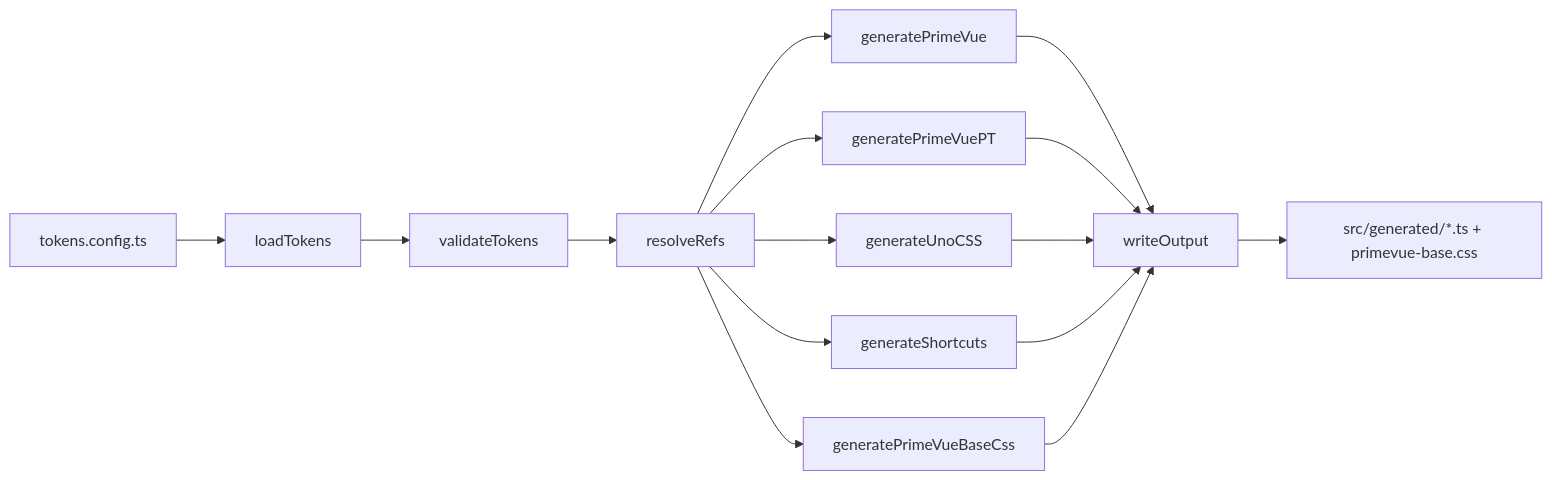
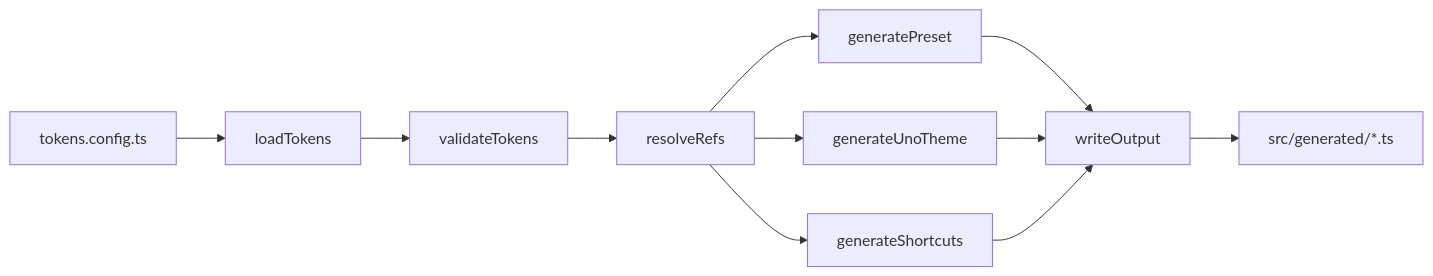
One commit to jfitzsimmons2/theme-unify changed the diagram in docs/architecture.md. Above: the diagram before and after it, drawn with Mermaid. The commit also changed other lines of this file and 41 other files, not shown here.

````diff
--- a/docs/architecture.md
+++ b/docs/architecture.md
@@ -16,17 +31,13 @@
 ```mermaid
 flowchart LR
   A[tokens.config.ts] --> B[loadTokens]
   B --> C[validateTokens]
   C --> D[resolveRefs]
-  D --> E1[generatePrimeVue]
-  D --> E2[generatePrimeVuePT]
-  D --> E3[generateUnoCSS]
-  D --> E4[generateShortcuts]
-  D --> E5[generatePrimeVueBaseCss]
+  D --> E1[generatePreset]
+  D --> E2[generateUnoTheme]
+  D --> E3[generateShortcuts]
   E1 --> F[writeOutput]
   E2 --> F
   E3 --> F
-  E4 --> F
-  E5 --> F
-  F --> G[src/generated/*.ts + primevue-base.css]
+  F --> G[src/generated/*.ts]
 ```
````
